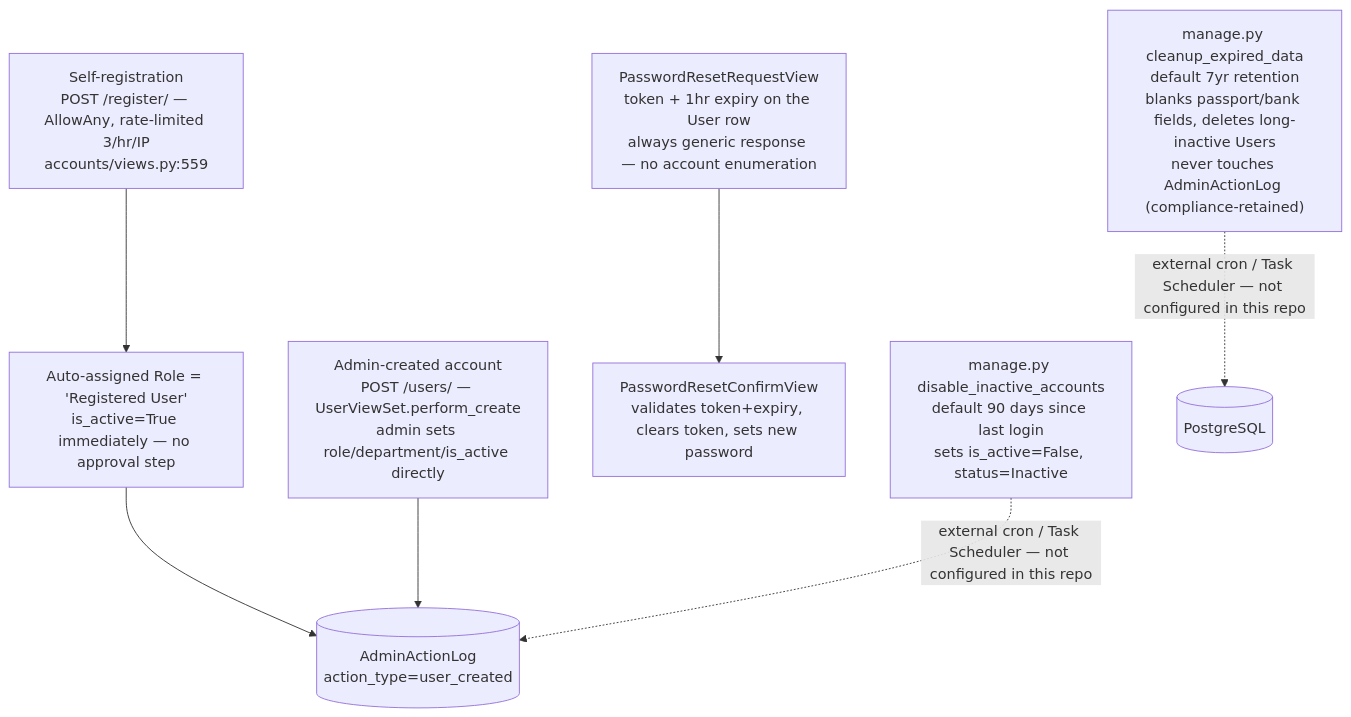
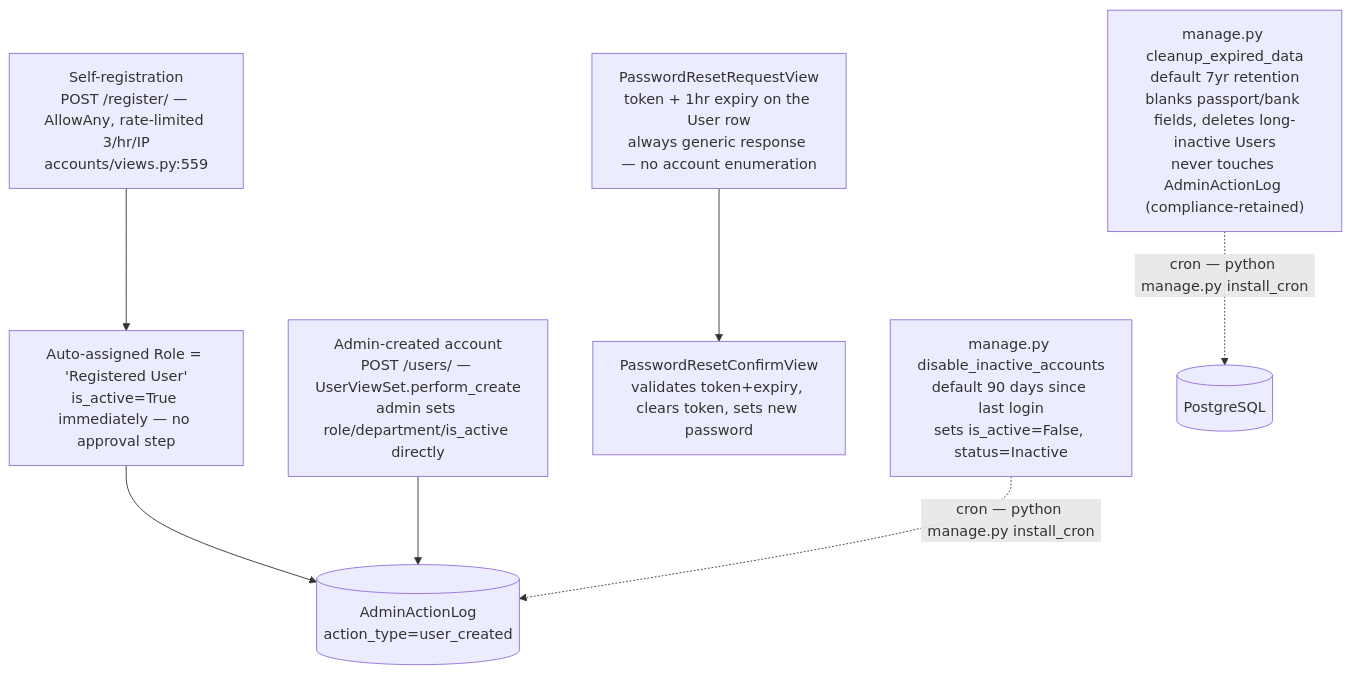
Before and after one commit to arslant84/tms.app: diagram 11 of 11 in docs/ARCHITECTURE.md, drawn with Mermaid. The commit also changed other lines of this file and 4 other files, not shown here.

````diff
--- a/docs/ARCHITECTURE.md
+++ b/docs/ARCHITECTURE.md
@@ -439,20 +439,20 @@
 ```mermaid
 flowchart TD
     REG["Self-registration<br/>POST /register/ — AllowAny, rate-limited 3/hr/IP<br/>accounts/views.py:559"]
     ROLE["Auto-assigned Role = 'Registered User'<br/>is_active=True immediately — no approval step"]
     ADMINC["Admin-created account<br/>POST /users/ — UserViewSet.perform_create<br/>admin sets role/department/is_active directly"]
     LOG1[("AdminActionLog<br/>action_type=user_created")]
 
     PWRESET["PasswordResetRequestView<br/>token + 1hr expiry on the User row<br/>always generic response — no account enumeration"]
     PWCONFIRM["PasswordResetConfirmView<br/>validates token+expiry, clears token, sets new password"]
 
     INACTIVE["manage.py disable_inactive_accounts<br/>default 90 days since last login<br/>sets is_active=False, status=Inactive"]
     CLEANUP["manage.py cleanup_expired_data<br/>default 7yr retention<br/>blanks passport/bank fields, deletes long-inactive Users<br/>never touches AdminActionLog (compliance-retained)"]
     DBX[("PostgreSQL")]
 
     REG --> ROLE --> LOG1
     ADMINC --> LOG1
     PWRESET --> PWCONFIRM
-    INACTIVE -.->|"external cron / Task Scheduler — not configured in this repo"| LOG1
-    CLEANUP -.->|"external cron / Task Scheduler — not configured in this repo"| DBX
+    INACTIVE -.->|"cron — python manage.py install_cron"| LOG1
+    CLEANUP -.->|"cron — python manage.py install_cron"| DBX
 ```
````
